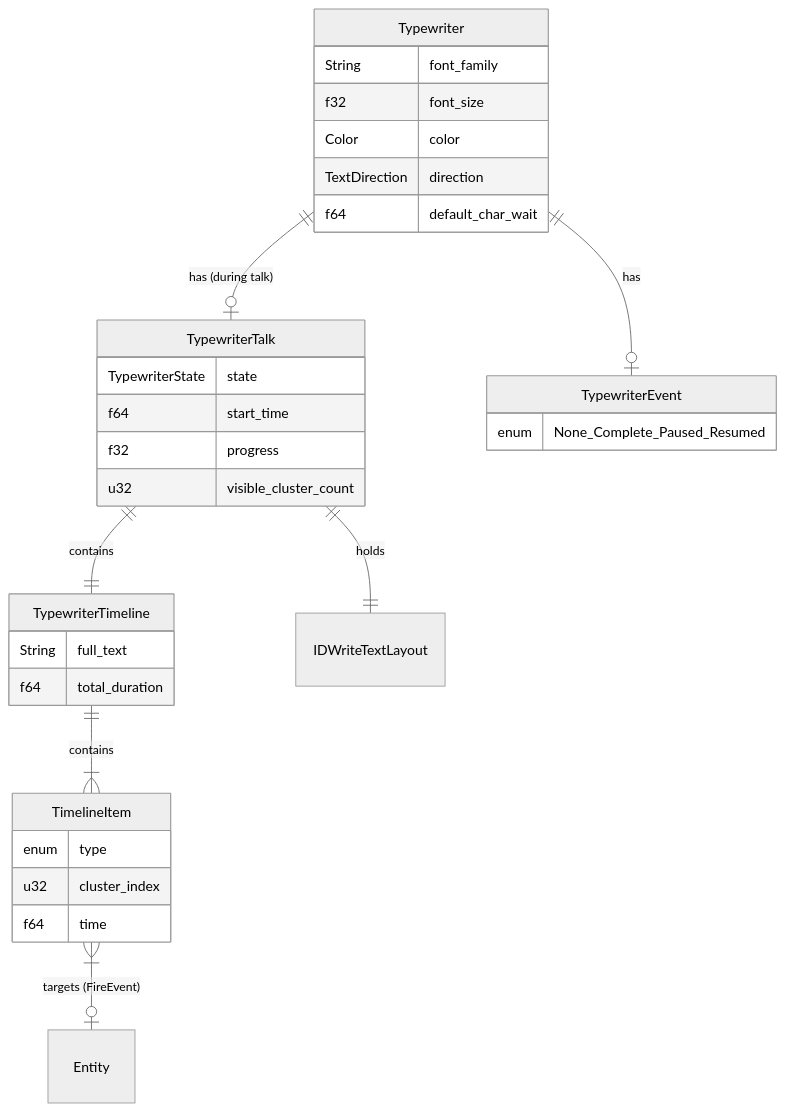
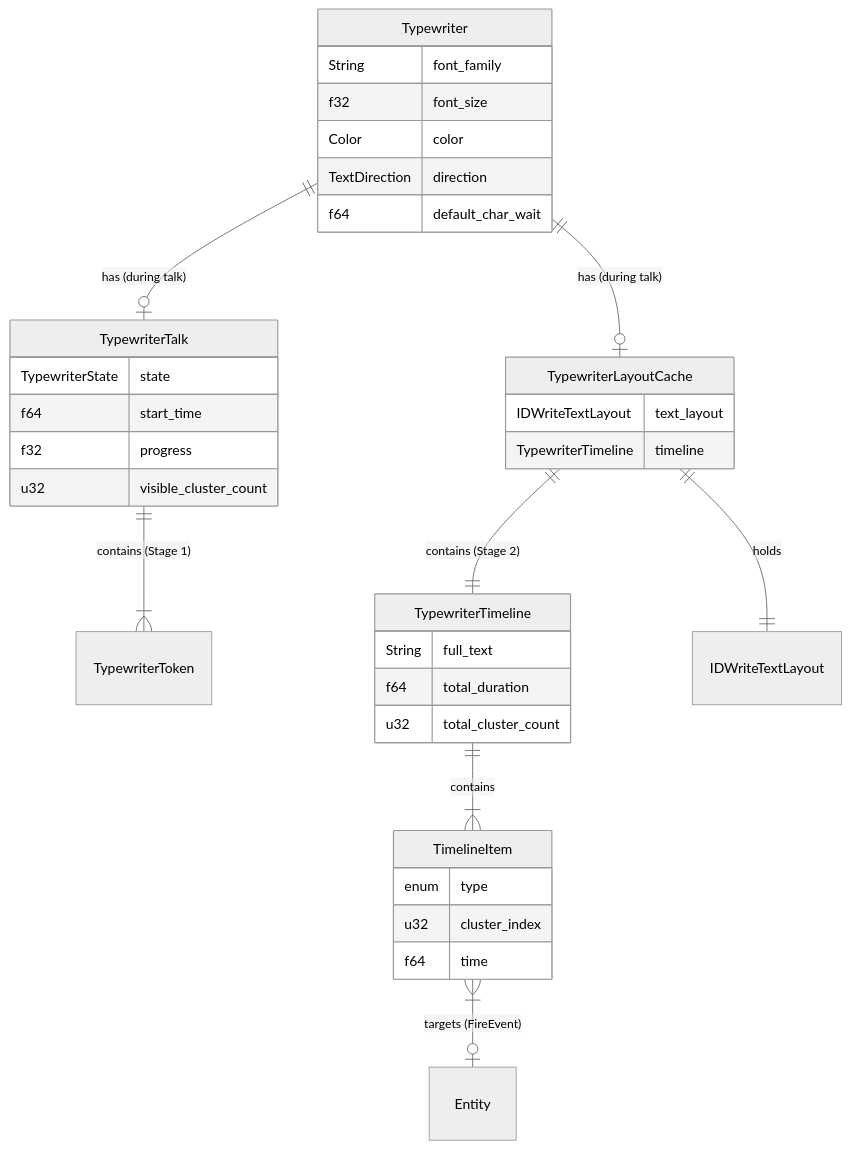
Before and after one commit to ekicyou/dcomp_sample-rs: the fifth of 5 diagrams in .kiro/specs/wintf-P0-typewriter/design.md, drawn with Mermaid (neutral theme). The commit also changed other lines of this file and 2 other files, not shown here.

First line of the commit message:
docs(specs): update typewriter spec to final implementation

````diff
--- a/.kiro/specs/wintf-P0-typewriter/design.md
+++ b/.kiro/specs/wintf-P0-typewriter/design.md
@@ -599,39 +557,42 @@
 ```mermaid
 erDiagram
     Typewriter ||--o| TypewriterTalk : "has (during talk)"
-    TypewriterTalk ||--|| TypewriterTimeline : "contains"
-    TypewriterTalk ||--|| IDWriteTextLayout : "holds"
+    Typewriter ||--o| TypewriterLayoutCache : "has (during talk)"
+    TypewriterTalk ||--|{ TypewriterToken : "contains (Stage 1)"
+    TypewriterLayoutCache ||--|| TypewriterTimeline : "contains (Stage 2)"
+    TypewriterLayoutCache ||--|| IDWriteTextLayout : "holds"
     TypewriterTimeline ||--|{ TimelineItem : "contains"
     TimelineItem }|--o| Entity : "targets (FireEvent)"
-    Typewriter ||--o| TypewriterEvent : "has"
     
     Typewriter {
         String font_family
         f32 font_size
         Color color
         TextDirection direction
         f64 default_char_wait
     }
     
     TypewriterTalk {
         TypewriterState state
         f64 start_time
         f32 progress
         u32 visible_cluster_count
     }
     
+    TypewriterLayoutCache {
+        IDWriteTextLayout text_layout
+        TypewriterTimeline timeline
+    }
+    
     TypewriterTimeline {
         String full_text
         f64 total_duration
+        u32 total_cluster_count
     }
     
     TimelineItem {
         enum type
         u32 cluster_index
         f64 time
     }
-    
-    TypewriterEvent {
-        enum None_Complete_Paused_Resumed
-    }
 ```
````
